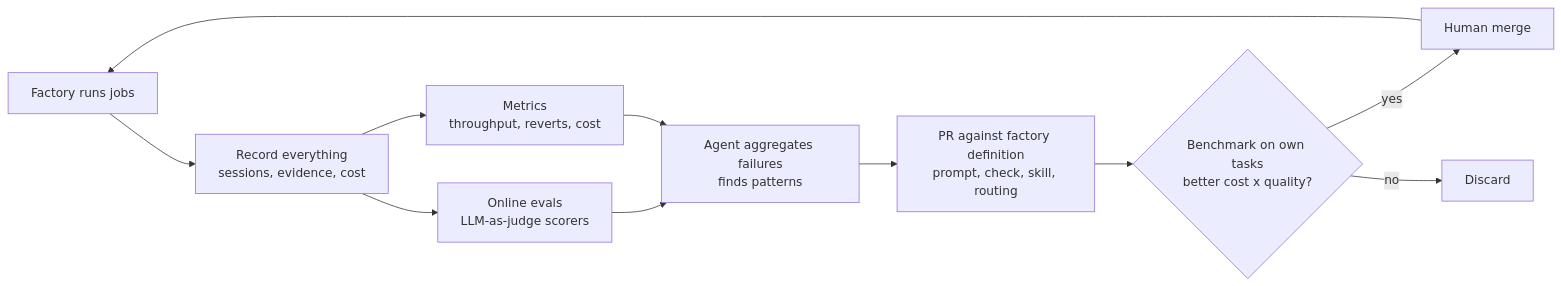
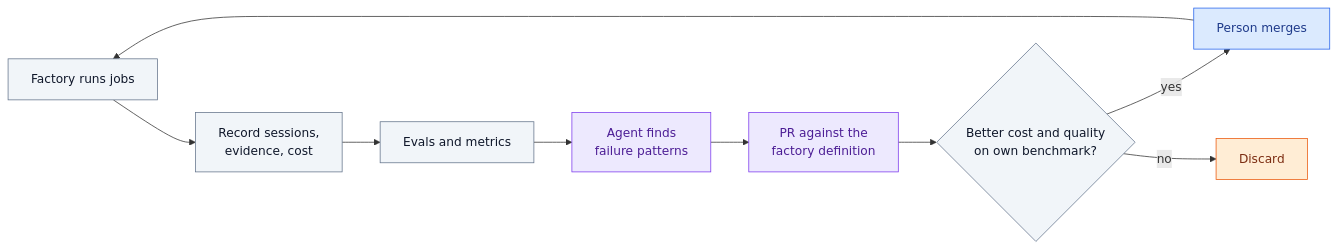
Before and after one commit to icelink-ai/software-factory-manifesto: the diagram in docs/08-self-improvement/README.md, drawn with Mermaid. The commit also changed other lines of this file and 73 other files, not shown here.

````diff
--- a/docs/08-self-improvement/README.md
+++ b/docs/08-self-improvement/README.md
@@ -32,13 +41,16 @@
 ```mermaid
 flowchart LR
-    RUN["Factory runs jobs"] --> REC["Record everything<br/>sessions, evidence, cost"]
-    REC --> EV["Online evals<br/>LLM-as-judge scorers"]
-    REC --> MET["Metrics<br/>throughput, reverts, cost"]
-    EV --> AGG["Agent aggregates failures<br/>finds patterns"]
-    MET --> AGG
-    AGG --> PR["PR against factory definition<br/>prompt, check, skill, routing"]
-    PR --> BM{"Benchmark on own tasks<br/>better cost x quality?"}
-    BM -->|yes| HM["Human merge"]
-    BM -->|no| X[Discard]
+    RUN["Factory runs jobs"]:::script --> REC["Record sessions,<br/>evidence, cost"]:::script
+    REC --> EV["Evals and metrics"]:::script
+    EV --> AGG["Agent finds<br/>failure patterns"]:::agent
+    AGG --> PR["PR against the<br/>factory definition"]:::agent
+    PR --> BM{"Better cost and quality<br/>on own benchmark?"}:::script
+    BM -->|yes| HM["Person merges"]:::person
+    BM -->|no| X["Discard"]:::stop
     HM --> RUN
+    classDef person fill:#dbeafe,stroke:#2563eb,color:#1e3a8a
+    classDef script fill:#f1f5f9,stroke:#64748b,color:#0f172a
+    classDef agent fill:#ede9fe,stroke:#7c3aed,color:#4c1d95
+    classDef state fill:#dcfce7,stroke:#16a34a,color:#14532d
+    classDef stop fill:#ffedd5,stroke:#ea580c,color:#7c2d12
 ```
````
